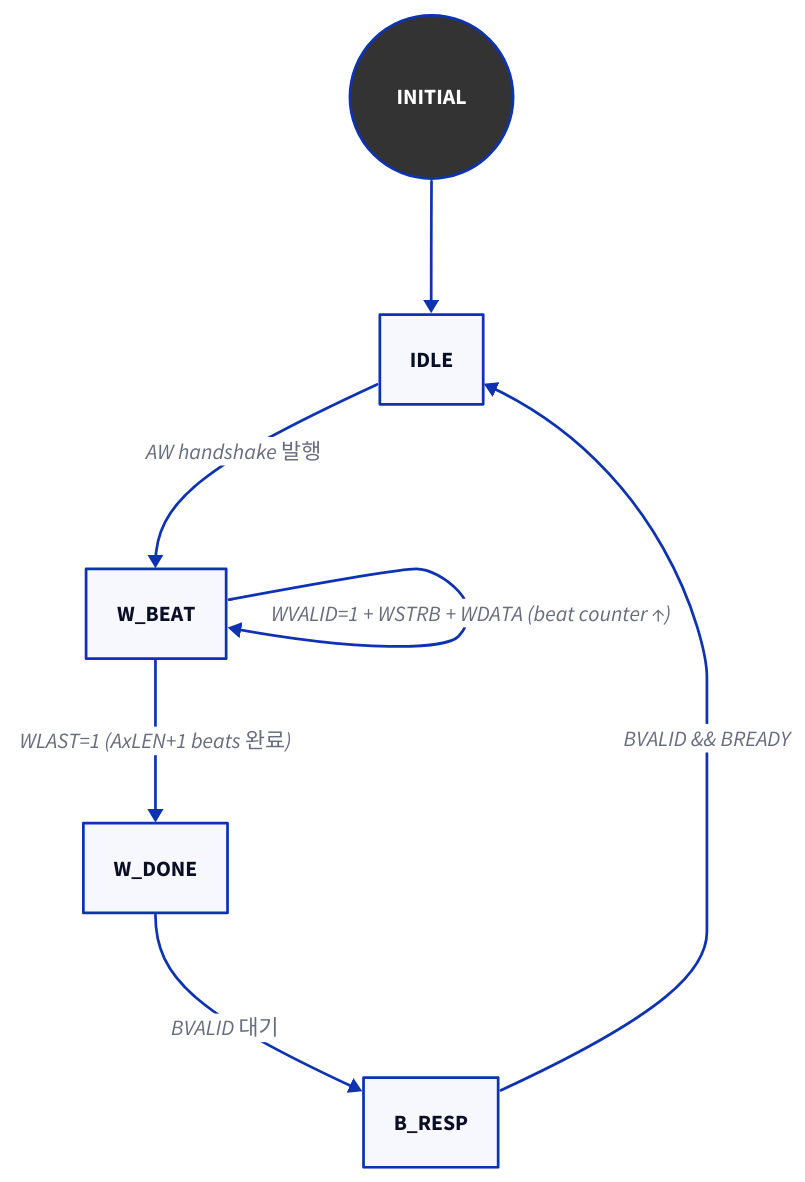
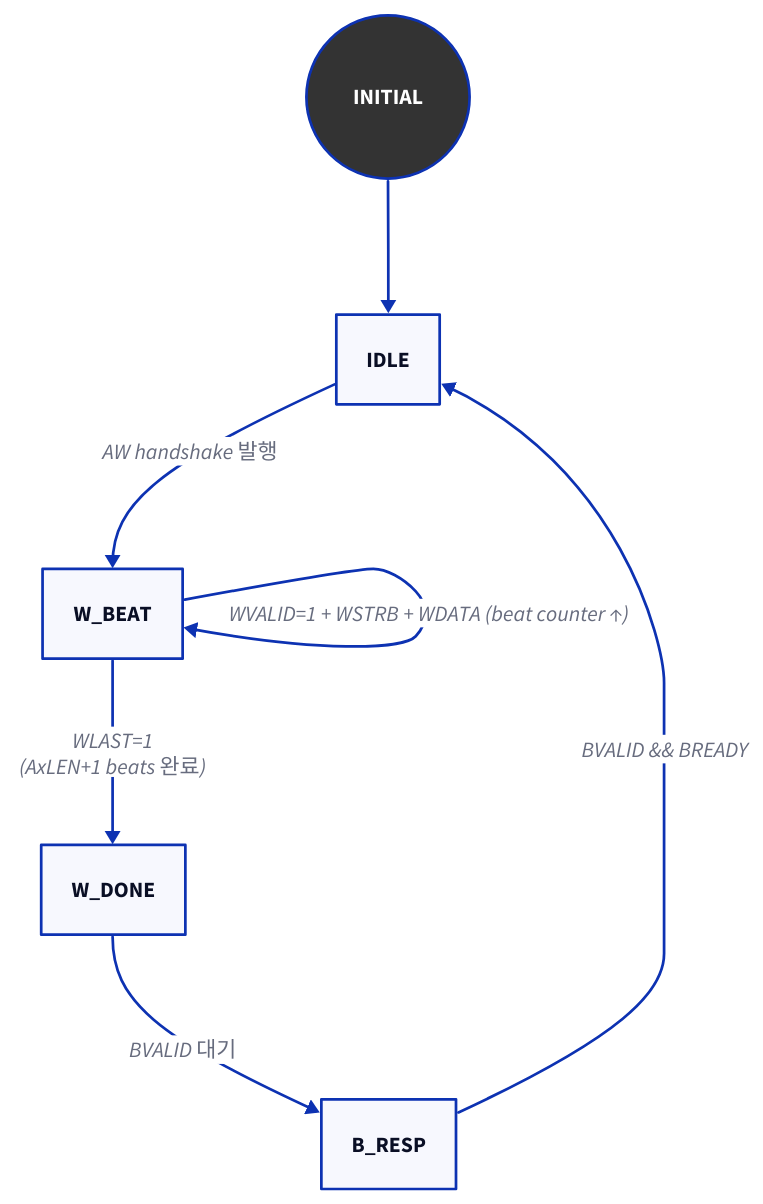
Before and after one commit to humbleowl39/DV_SKOOL: the second of 2 diagrams in starlight_site/src/content/docs/amba_protocols/02_axi.md, drawn with D2. The commit also changed 714 other files, not shown here.

First line of the commit message:
fix(site): d2 다이어그램 가독성 결함 6종 일괄 수정

````diff
--- a/starlight_site/src/content/docs/amba_protocols/02_axi.md
+++ b/starlight_site/src/content/docs/amba_protocols/02_axi.md
@@ -289,11 +289,11 @@
 ```d2
 direction: down
 
 INITIAL { shape: circle; style.fill: "#333"; style.font-color: "#FFFFFF" }
 INITIAL -> IDLE
 IDLE -> W_BEAT: "AW handshake 발행"
 W_BEAT -> W_BEAT: "WVALID=1 + WSTRB + WDATA (beat counter ↑)"
-W_BEAT -> W_DONE: "WLAST=1 (AxLEN+1 beats 완료)"
+W_BEAT -> W_DONE: "WLAST=1\n(AxLEN+1 beats 완료)"
 W_DONE -> B_RESP: "BVALID 대기"
 B_RESP -> IDLE: "BVALID && BREADY"
 ```
````
